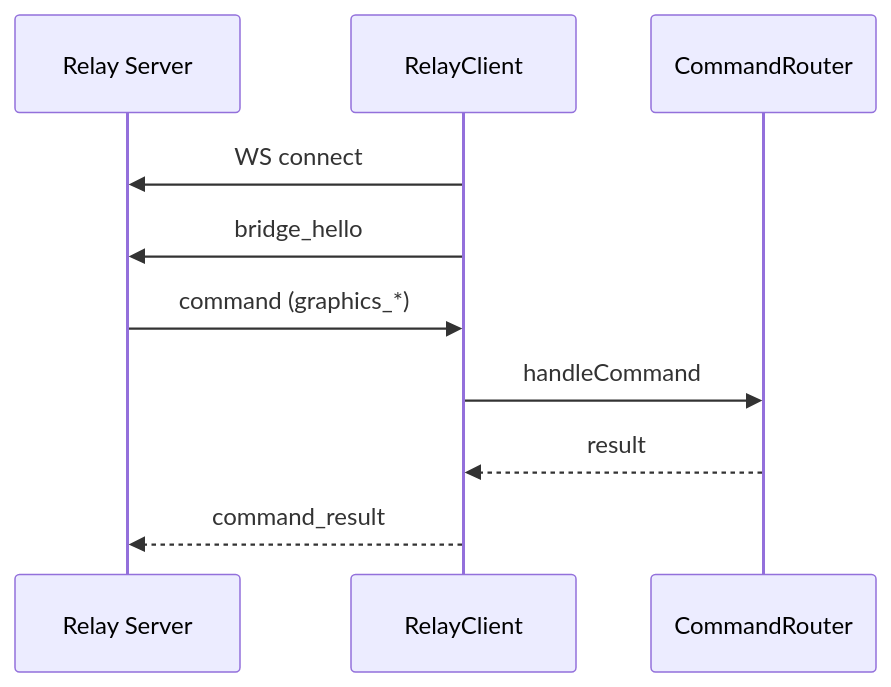
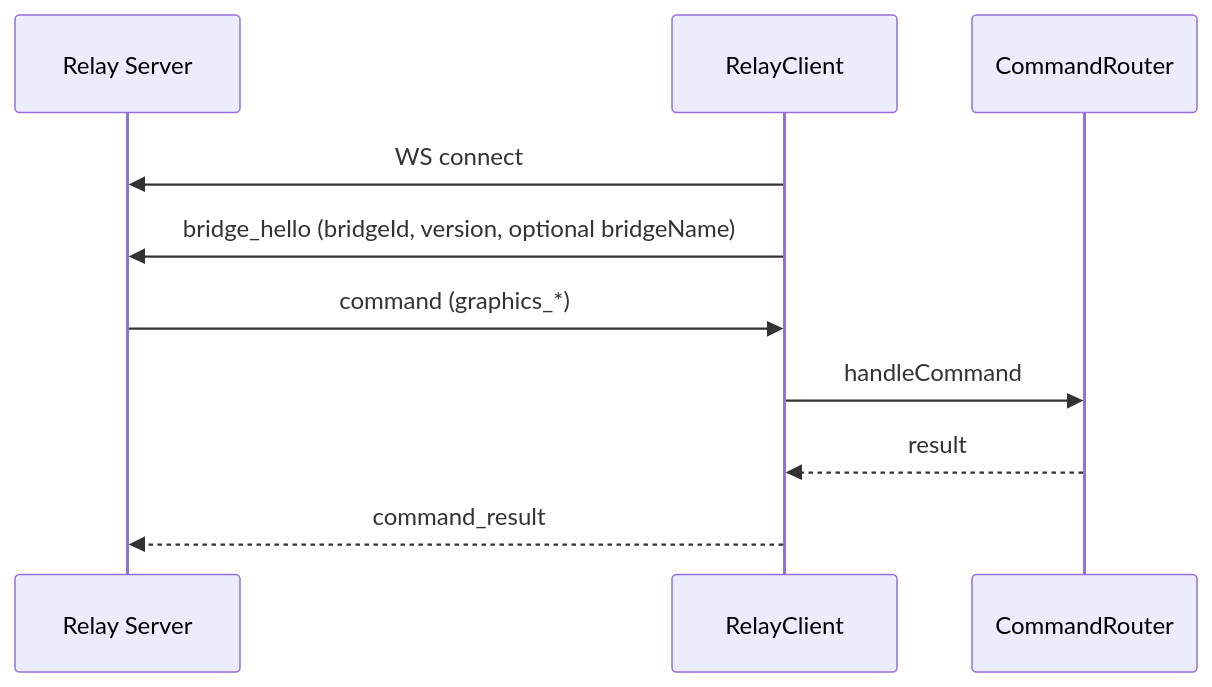
Before and after one commit to pivotrecruiting/broadify-bridge: the diagram in docs/integration/flows/relay-flow.md, drawn with Mermaid. The commit also changed other lines of this file and 30 other files, not shown here.

````diff
--- a/docs/integration/flows/relay-flow.md
+++ b/docs/integration/flows/relay-flow.md
@@ -7,13 +7,13 @@
 ```mermaid
 sequenceDiagram
   participant Relay as Relay Server
   participant Bridge as RelayClient
   participant Router as CommandRouter
 
   Bridge->>Relay: WS connect
-  Bridge->>Relay: bridge_hello
+  Bridge->>Relay: bridge_hello (bridgeId, version, optional bridgeName)
   Relay->>Bridge: command (graphics_*)
   Bridge->>Router: handleCommand
   Router-->>Bridge: result
   Bridge-->>Relay: command_result
 ```
````
